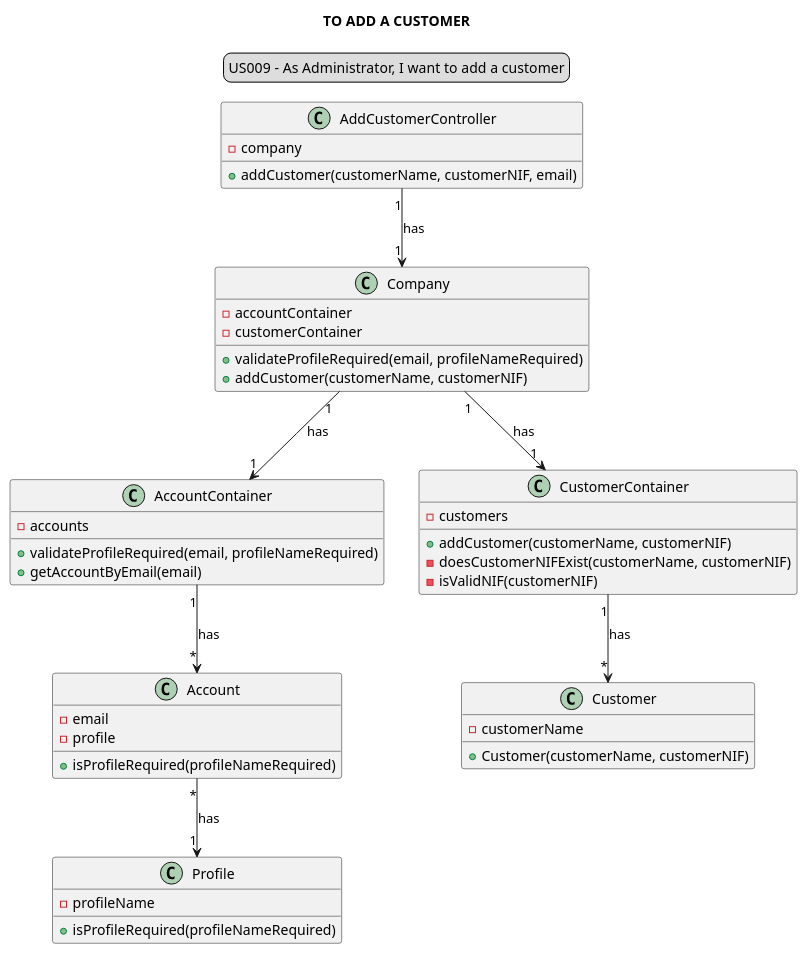
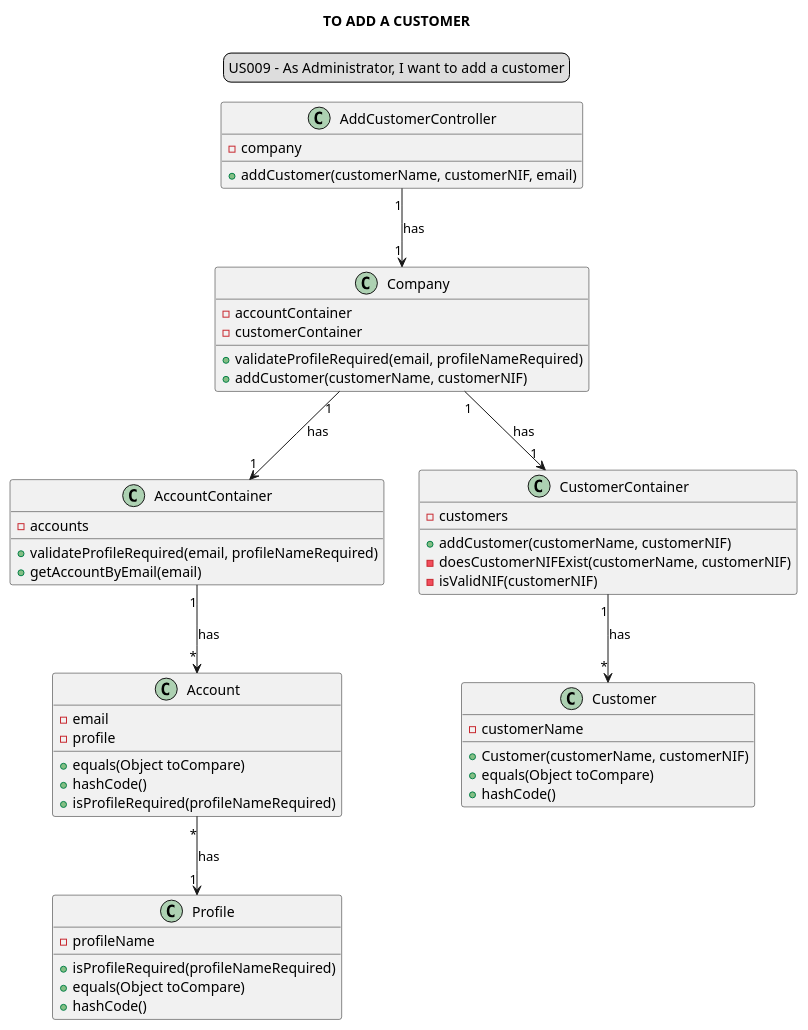
Before and after one commit to Loracline/project_switch_22-23: the diagram in docs/modelling_design/user_stories/sprint02/us009/US009_classDiagram.puml, drawn with PlantUML. The commit also changed 10 other files, not shown here.

Commit message:
No US number: Design: Refinement of class diagrams

```diff
--- a/docs/modelling_design/user_stories/sprint02/us009/US009_classDiagram.puml
+++ b/docs/modelling_design/user_stories/sprint02/us009/US009_classDiagram.puml
@@ -1,55 +1,61 @@
 @startuml
 skinparam sequenceMessageAlign center
 title TO ADD A CUSTOMER
 legend top
 US009 - As Administrator, I want to add a customer
 end legend
 
 class "AddCustomerController" {
 -company
 +addCustomer(customerName, customerNIF, email)
 }
 
 class "Company"{
 -accountContainer
 -customerContainer
 +validateProfileRequired(email, profileNameRequired)
 +addCustomer(customerName, customerNIF)
 }
 
 class "AccountContainer"{
 -accounts
 +validateProfileRequired(email, profileNameRequired)
 +getAccountByEmail(email)
 }
 
 class "Account"{
 -email
 - profile
++equals(Object toCompare)
++hashCode()
 +isProfileRequired(profileNameRequired)
 }
 
 class Profile{
 -profileName
 +isProfileRequired(profileNameRequired)
++equals(Object toCompare)
++hashCode()
 }
 
 class "CustomerContainer"{
 -customers
 +addCustomer(customerName, customerNIF)
 -doesCustomerNIFExist(customerName, customerNIF)
 - isValidNIF(customerNIF)
 }
 
 class "Customer"{
 -customerName
 +Customer(customerName, customerNIF)
++equals(Object toCompare)
++hashCode()
 }
 
 "AddCustomerController" "1"-->"1" "Company" : has
 "Company" "1"-->"1" "CustomerContainer": has
 "Company" "1"-->"1" "AccountContainer": has
 "CustomerContainer" "1"-->"*" "Customer": has
 "AccountContainer" "1" --> "*" "Account": has
 "Account" "*"-->"1" "Profile" : has
 @enduml
```
